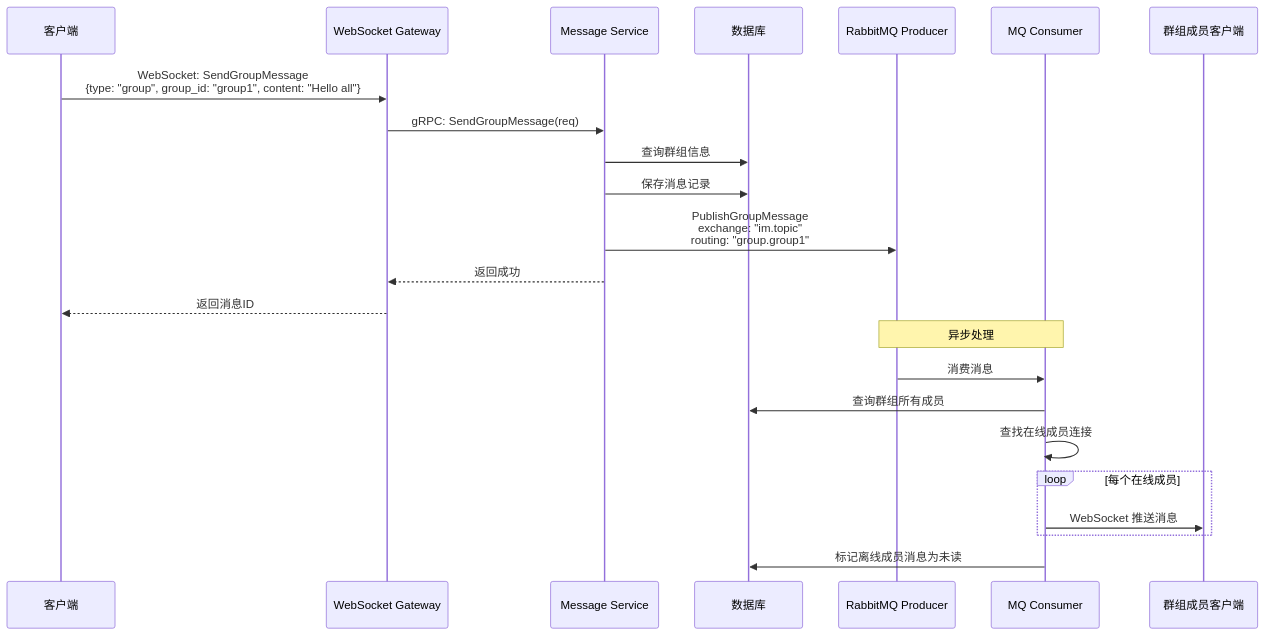
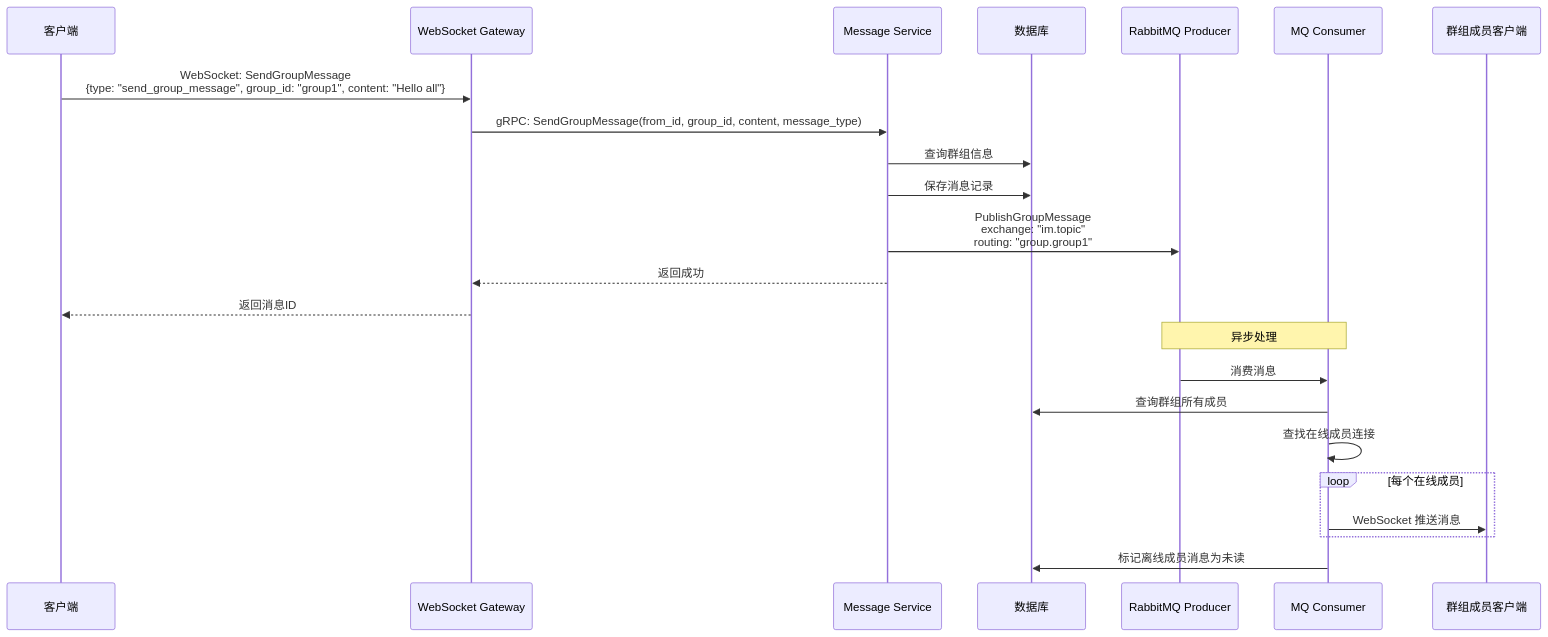
Before and after one commit to HappyLadySauce/Beehive: the fourth of 9 diagrams in docs/dev/01-用户登录与操作逻辑.md, drawn with Mermaid. The commit also changed other lines of this file and 19 other files, not shown here.

Commit message:
Remove obsolete documentation and gRPC/protobuf files related to user, message, and presence services to streamline the codebase and improve maintainability.

````diff
--- a/docs/dev/01-用户登录与操作逻辑.md
+++ b/docs/dev/01-用户登录与操作逻辑.md
@@ -273,27 +319,27 @@
 ```mermaid
 sequenceDiagram
     participant Client as 客户端
     participant Gateway as WebSocket Gateway
     participant MsgSvc as Message Service
     participant DB as 数据库
     participant MQ as RabbitMQ Producer
     participant Consumer as MQ Consumer
     participant Members as 群组成员客户端
     
-    Client->>Gateway: WebSocket: SendGroupMessage<br/>{type: "group", group_id: "group1", content: "Hello all"}
-    Gateway->>MsgSvc: gRPC: SendGroupMessage(req)
+    Client->>Gateway: WebSocket: SendGroupMessage<br/>{type: "send_group_message", group_id: "group1", content: "Hello all"}
+    Gateway->>MsgSvc: gRPC: SendGroupMessage(from_id, group_id, content, message_type)
     MsgSvc->>DB: 查询群组信息
     MsgSvc->>DB: 保存消息记录
     MsgSvc->>MQ: PublishGroupMessage<br/>exchange: "im.topic"<br/>routing: "group.group1"
     MsgSvc-->>Gateway: 返回成功
     Gateway-->>Client: 返回消息ID
     
     Note over MQ,Consumer: 异步处理
     MQ->>Consumer: 消费消息
     Consumer->>DB: 查询群组所有成员
     Consumer->>Consumer: 查找在线成员连接
     loop 每个在线成员
         Consumer->>Members: WebSocket 推送消息
     end
     Consumer->>DB: 标记离线成员消息为未读
 ```
````
